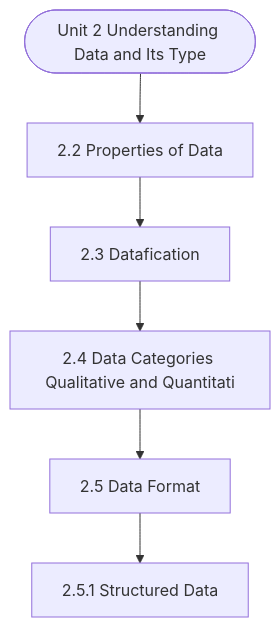
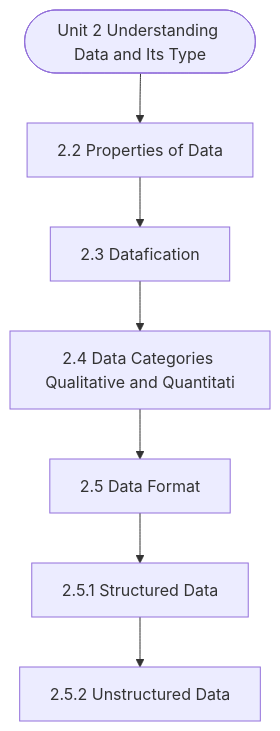
One commit to Asutosh-Coaching/mscdsa changed the diagram in notes/Semester_1/MCS-062_Introduction_to_Data_Science/unit_02_Understanding_Data_and_Its_Type.md. Above: the diagram before and after it, drawn with Mermaid. The commit also changed other lines of this file and 116 other files, not shown here.

````diff
--- a/notes/Semester_1/MCS-062_Introduction_to_Data_Science/unit_02_Understanding_Data_and_Its_Type.md
+++ b/notes/Semester_1/MCS-062_Introduction_to_Data_Science/unit_02_Understanding_Data_and_Its_Type.md
@@ -19,14 +19,16 @@
 ```mermaid
 flowchart TD
   Start(["Unit 2 Understanding Data and Its Type"])
   N1["2.2 Properties of Data"]
   N2["2.3 Datafication"]
   N3["2.4 Data Categories Qualitative and Quantitati"]
   N4["2.5 Data Format"]
   N5["2.5.1 Structured Data"]
+  N6["2.5.2 Unstructured Data"]
   Start --> N1
   N1 --> N2
   N2 --> N3
   N3 --> N4
   N4 --> N5
+  N5 --> N6
 ```
````
